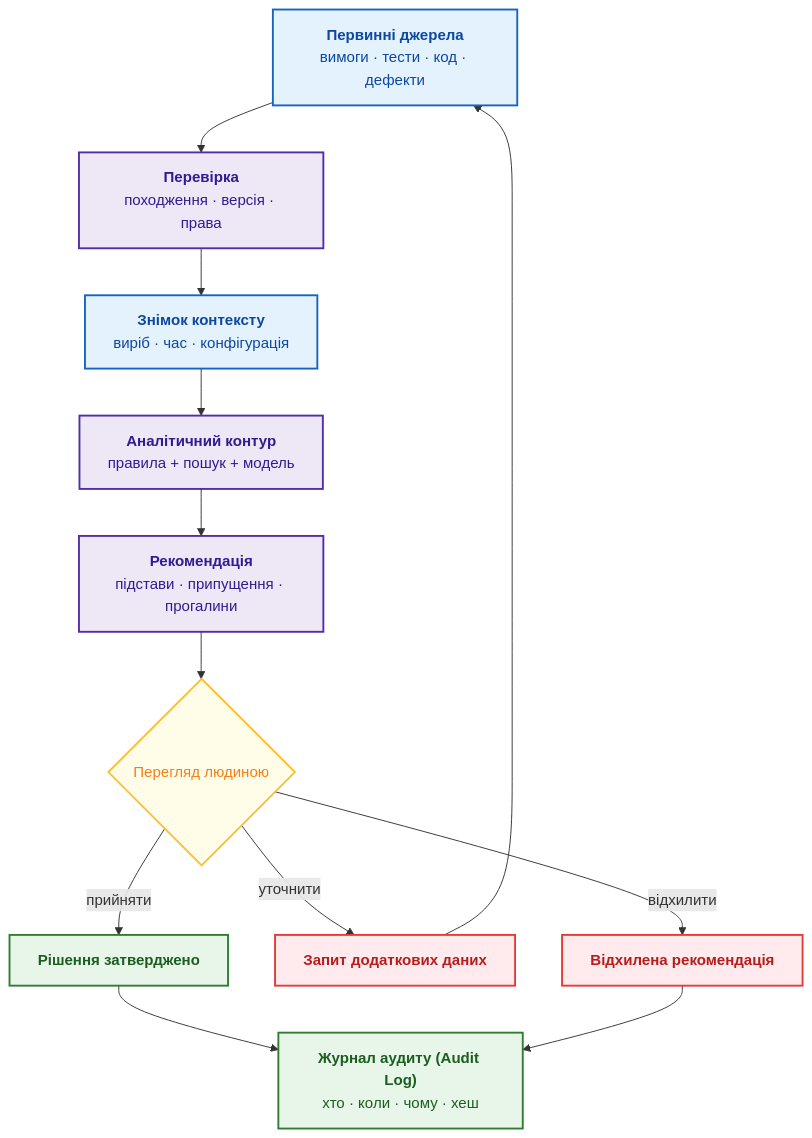
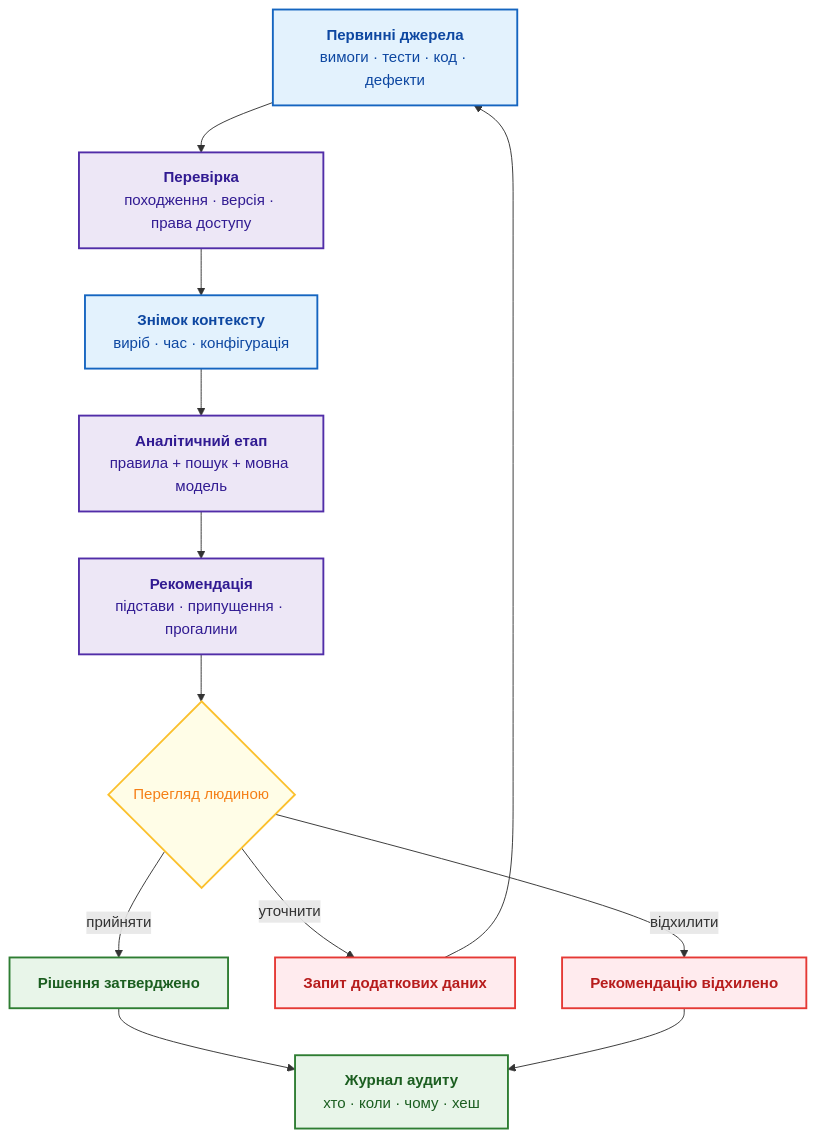
One commit to nick-fedchik/articles changed the second of 4 diagrams in ExpertSystem/ch05-triad-of-trust-and-corporate-memory.md. Above: the diagram before and after it, drawn with Mermaid. The commit also changed other lines of this file, not shown here.

````diff
--- a/ExpertSystem/ch05-triad-of-trust-and-corporate-memory.md
+++ b/ExpertSystem/ch05-triad-of-trust-and-corporate-memory.md
@@ -274,29 +149,29 @@
 ```mermaid
 flowchart TD
-    accTitle: Від першоджерел до перевірюваного рішення
-    accDescr: Первинні джерела проходять перевірку походження й версій, після чого правила та модель формують рекомендацію; уповноважена людина приймає рішення, а повний запис зберігається для повторної перевірки.
+    accTitle: Від первинних джерел до перевірного рішення
+    accDescr: Первинні джерела проходять перевірку походження, версій і прав доступу, після чого правила, пошук і мовна модель формують рекомендацію. Уповноважена людина приймає, уточнює або відхиляє рекомендацію, а повний запис зберігається в журналі аудиту для повторної перевірки.
 
-    S["<b>Первинні джерела</b><br/>вимоги · тести · код · дефекти"] --> V["<b>Перевірка</b><br/>походження · версія · права"]
+    S["<b>Первинні джерела</b><br/>вимоги · тести · код · дефекти"] --> V["<b>Перевірка</b><br/>походження · версія · права доступу"]
     V --> C["<b>Знімок контексту</b><br/>виріб · час · конфігурація"]
-    C --> A["<b>Аналітичний контур</b><br/>правила + пошук + модель"]
+    C --> A["<b>Аналітичний етап</b><br/>правила + пошук + мовна модель"]
     A --> R["<b>Рекомендація</b><br/>підстави · припущення · прогалини"]
     R --> D{"Перегляд людиною"}
     D -->|"прийняти"| OK["<b>Рішення затверджено</b>"]
     D -->|"уточнити"| MORE["<b>Запит додаткових даних</b>"]
-    D -->|"відхилити"| NO["<b>Відхилена рекомендація</b>"]
+    D -->|"відхилити"| NO["<b>Рекомендацію відхилено</b>"]
     MORE --> S
-    OK --> LOG["<b>Журнал аудиту (Audit Log)</b><br/>хто · коли · чому · хеш"]
+    OK --> LOG["<b>Журнал аудиту</b><br/>хто · коли · чому · хеш"]
     NO --> LOG
 
     classDef src fill:#e3f2fd,stroke:#1565c0,stroke-width:2px,color:#0d47a1;
     classDef proc fill:#ede7f6,stroke:#512da8,stroke-width:2px,color:#311b92;
     classDef branch fill:#fffde7,stroke:#fbc02d,stroke-width:2px,color:#f57f17;
     classDef pass fill:#e8f5e9,stroke:#2e7d32,stroke-width:2px,color:#1b5e20;
     classDef fail fill:#ffebee,stroke:#e53935,stroke-width:2px,color:#b71c1c;
 
     class S,C src;
     class V,A,R proc;
     class D branch;
     class OK,LOG pass;
     class MORE,NO fail;
 ```
````
